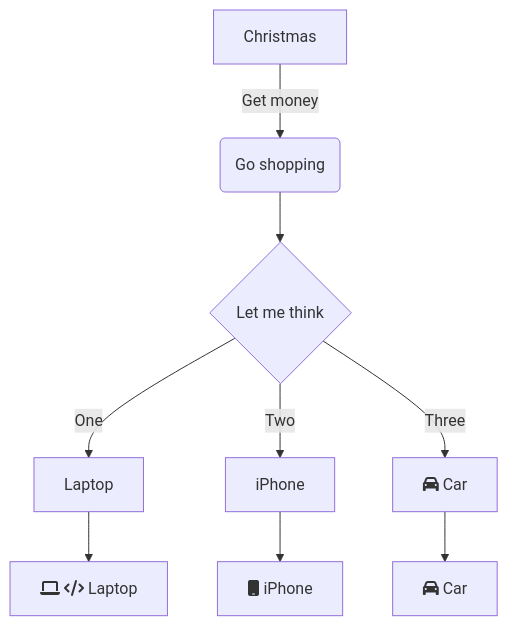
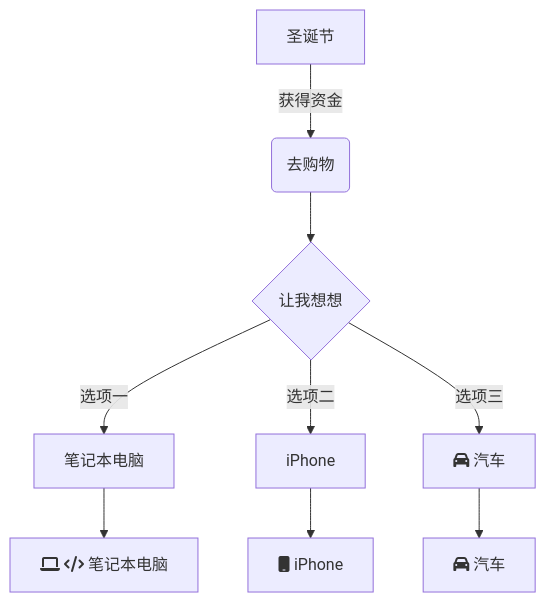
One commit to lx521603/ob changed the tenth of 11 diagrams in src/content/posts/mermaid-diagrams.md. Above: the diagram before and after it, drawn with Mermaid. The commit also changed other lines of this file, not shown here.

Commit message:
更新 mermaid-diagrams.md

````diff
--- a/src/content/posts/mermaid-diagrams.md
+++ b/src/content/posts/mermaid-diagrams.md
@@ -146,11 +150,11 @@
 ```mermaid
 graph TD
-    A[Christmas] -->|Get money| B(Go shopping)
-    B --> C{Let me think}
-    C -->|One| D[Laptop]
-    C -->|Two| E[iPhone]
-    C -->|Three| F[fa:fa-car Car]
-    D --> G[fa:fa-laptop fa:fa-code Laptop]
+    A[圣诞节] -->|获得资金| B(去购物)
+    B --> C{让我想想}
+    C -->|选项一| D[笔记本电脑]
+    C -->|选项二| E[iPhone]
+    C -->|选项三| F[fa:fa-car 汽车]
+    D --> G[fa:fa-laptop fa:fa-code 笔记本电脑]
     E --> H[fa:fa-mobile iPhone]
-    F --> I[fa:fa-car Car]
+    F --> I[fa:fa-car 汽车]
 ```
````
